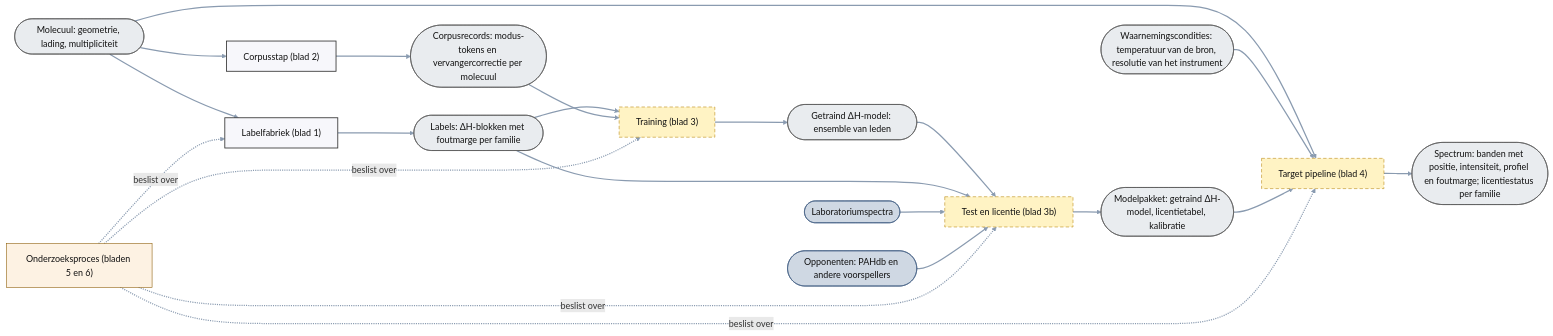
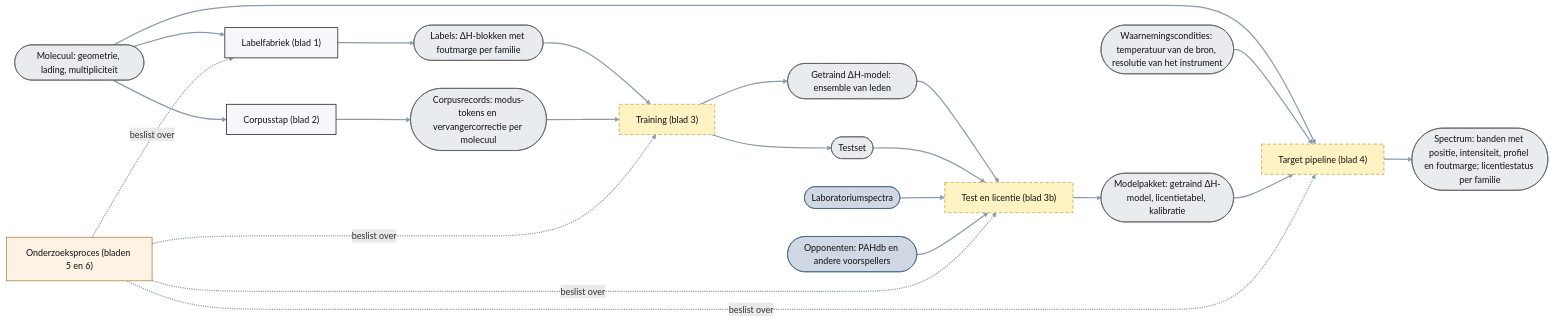
The diagram in plans/05_delta-probed-ir-pipeline/GoalGathering/architecture/00_overzicht.mmd (thebreadishard/udacity-capstone-plan), drawn with Mermaid before and after one commit. The commit also changed 2 other files, not shown here.

Commit message:
Plan 05 architecture: the test set is one object, 'Testset', produced by the split on sheet 3 and consumed on sheet 3b; the overview routes it from Training (blad 3) to Test en licentie (blad 3b) instead of from Labels

```diff
--- a/plans/05_delta-probed-ir-pipeline/GoalGathering/architecture/00_overzicht.mmd
+++ b/plans/05_delta-probed-ir-pipeline/GoalGathering/architecture/00_overzicht.mmd
@@ -1,45 +1,46 @@
 %% Overzicht plan 05 (niveau 1): de soorten proces en de data-objecten die ze verbinden. Doelarchitectuur; geen besluiten, geen data.
 %% Rechthoek = proces (hier: een heel blad); ronde uiteinden = data-object; pijl = datastroom. Gestippeld = nog niet gebouwd.
 flowchart LR
   linkStyle default stroke:#8a9bb0,stroke-width:2.2px
   classDef planned stroke-dasharray: 6 4,stroke:#b8860b,fill:#fff3c4,color:#111
   classDef ext fill:#cfd8e3,stroke:#3d5a80,color:#111
   classDef data fill:#e9ecef,stroke:#555,color:#111
   classDef proc fill:#f7f7fb,stroke:#333,stroke-width:1.5px,color:#111
   classDef research fill:#fdf2e3,stroke:#8a5a00,color:#111
 
   MOL(["Molecuul: geometrie, lading, multipliciteit"]):::data
   COND(["Waarnemingscondities: temperatuur van de bron, resolutie van het instrument"]):::data
   LABDB(["Laboratoriumspectra"]):::ext
   PAHDB(["Opponenten: PAHdb en andere voorspellers"]):::ext
 
   LABF["Labelfabriek (blad 1)"]:::proc
   LABELS(["Labels: ΔH-blokken met foutmarge per familie"]):::data
   CORPF["Corpusstap (blad 2)"]:::proc
   CORPUS(["Corpusrecords: modus-tokens en vervangercorrectie per molecuul"]):::data
   TRAIN["Training (blad 3)"]:::planned
   TRAINED(["Getraind ΔH-model: ensemble van leden"]):::data
+  TESTSET(["Testset"]):::data
   EVAL["Test en licentie (blad 3b)"]:::planned
   MODEL(["Modelpakket: getraind ΔH-model, licentietabel, kalibratie"]):::data
   PIPE["Target pipeline (blad 4)"]:::planned
   SPEC(["Spectrum: banden met positie, intensiteit, profiel en foutmarge; licentiestatus per familie"]):::data
   RES["Onderzoeksproces (bladen 5 en 6)"]:::research
 
   MOL --> LABF --> LABELS
   MOL --> CORPF --> CORPUS
   LABELS --> TRAIN
   CORPUS --> TRAIN
   TRAIN --> TRAINED
   TRAINED --> EVAL
-  LABELS --> EVAL
+  TRAIN --> TESTSET --> EVAL
   LABDB --> EVAL
   PAHDB --> EVAL
   EVAL --> MODEL
   MOL --> PIPE
   COND --> PIPE
   MODEL --> PIPE
   PIPE --> SPEC
   RES -. beslist over .-> LABF
   RES -. beslist over .-> TRAIN
   RES -. beslist over .-> EVAL
   RES -. beslist over .-> PIPE
```
